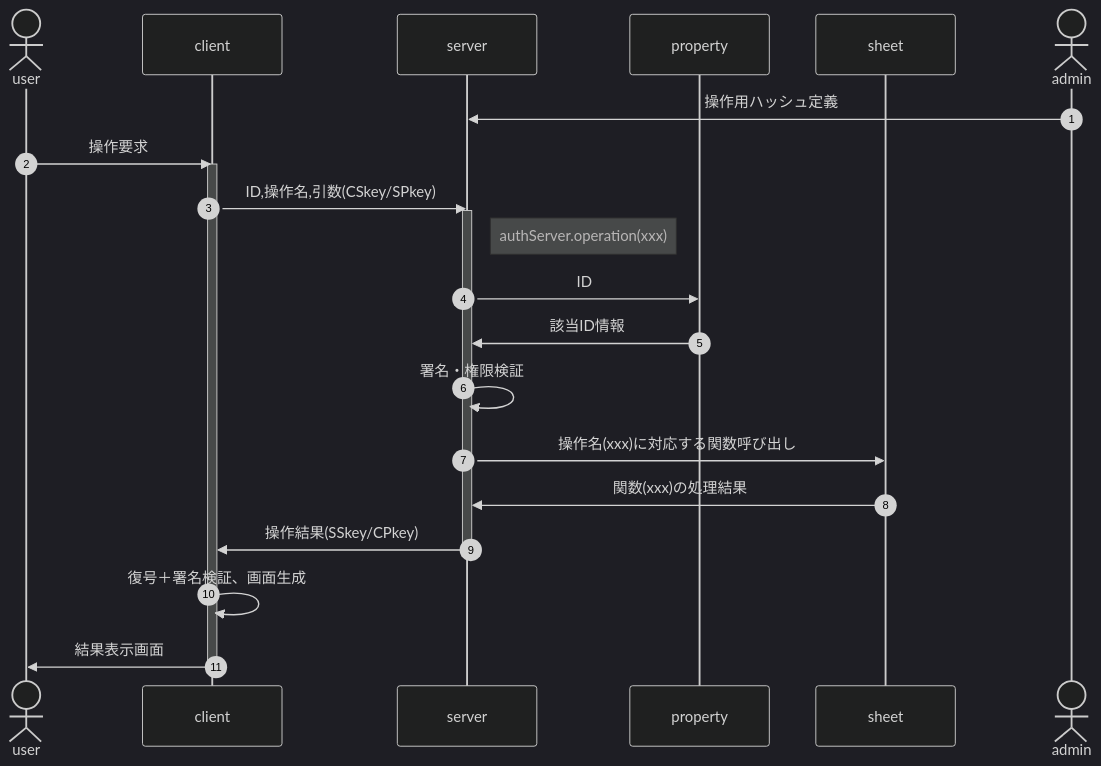
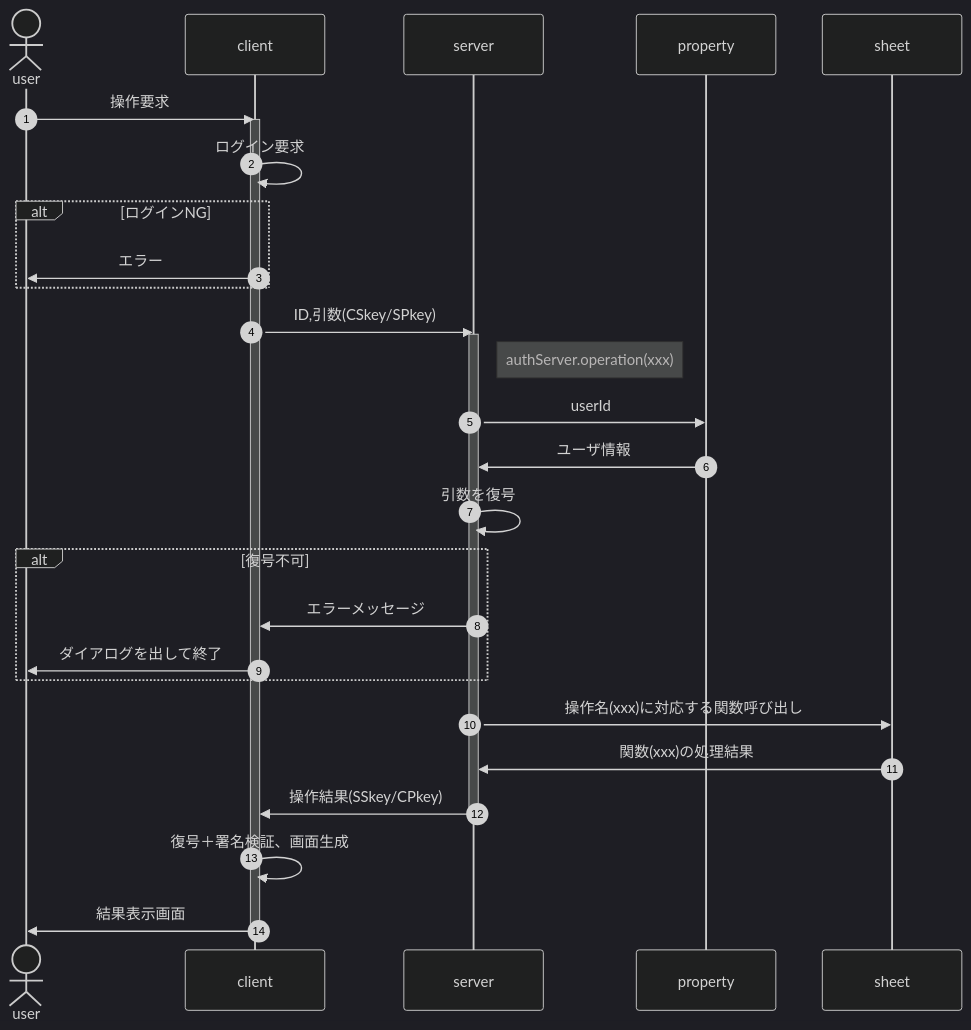
One commit to nakaone/library changed the diagram in Auth/2.0.0/doc/crud.md. Above: the diagram before and after it, drawn with Mermaid (dark theme). The commit also changed other lines of this file and 6 other files, not shown here.

````diff
--- a/Auth/2.0.0/doc/crud.md
+++ b/Auth/2.0.0/doc/crud.md
@@ -8,27 +8,35 @@
 ```mermaid
 sequenceDiagram
   autonumber
   actor user
   participant client
   participant server
   participant property
   participant sheet
-  actor admin
 
-  admin ->> server : 操作用ハッシュ定義
   user ->> client : 操作要求
   activate client
-  client ->> server : ID,操作名,引数(CSkey/SPkey)
+  client ->> client : ログイン要求
+  alt ログインNG
+    client ->> user : エラー
+  end
+  
+  client ->> server : ID,引数(CSkey/SPkey)
   activate server
   Note right of server : authServer.operation(xxx)
-  server ->> property : ID
-  property ->> server : 該当ID情報
-  server ->> server : 署名・権限検証
+  server ->> property : userId
+  property ->> server : ユーザ情報
+  server ->> server : 引数を復号
+  alt 復号不可
+    server ->> client : エラーメッセージ
+    client ->> user : ダイアログを出して終了
+  end
+
   server ->> sheet : 操作名(xxx)に対応する関数呼び出し
   sheet ->> server : 関数(xxx)の処理結果
   server ->> client : 操作結果(SSkey/CPkey)
   deactivate server
   client ->> client : 復号＋署名検証、画面生成
   client ->> user : 結果表示画面
   deactivate client
 ```
````
